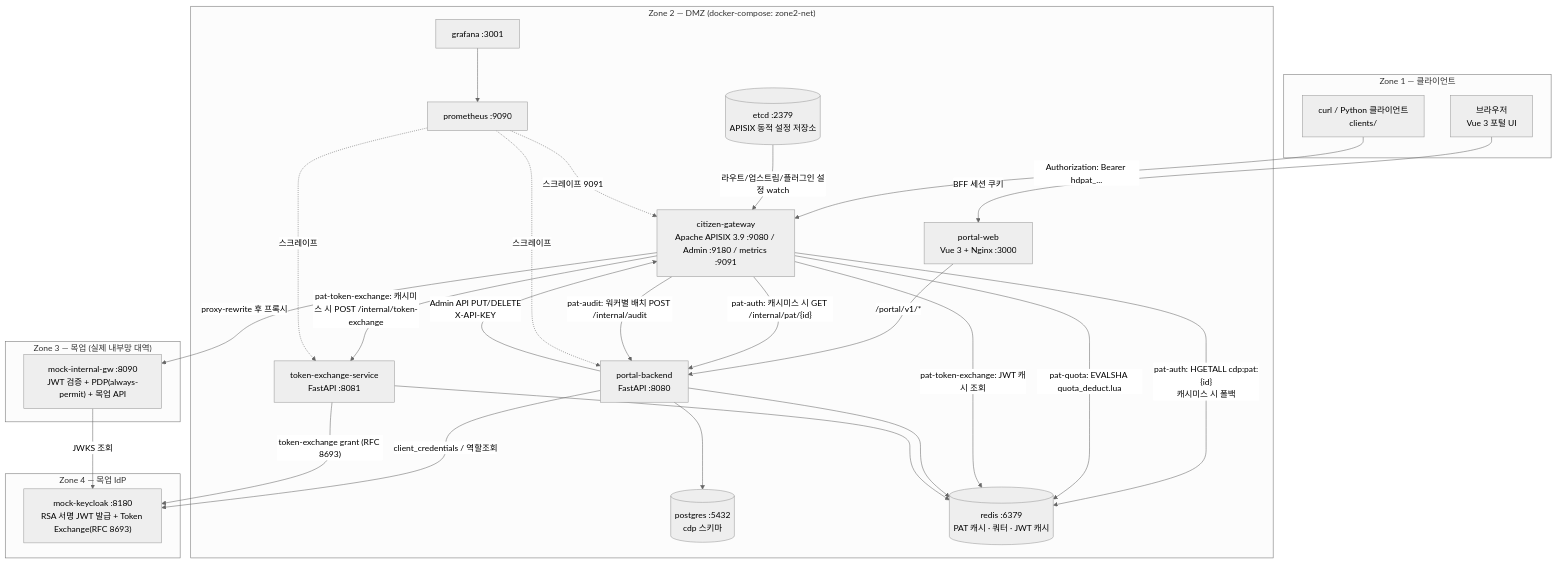
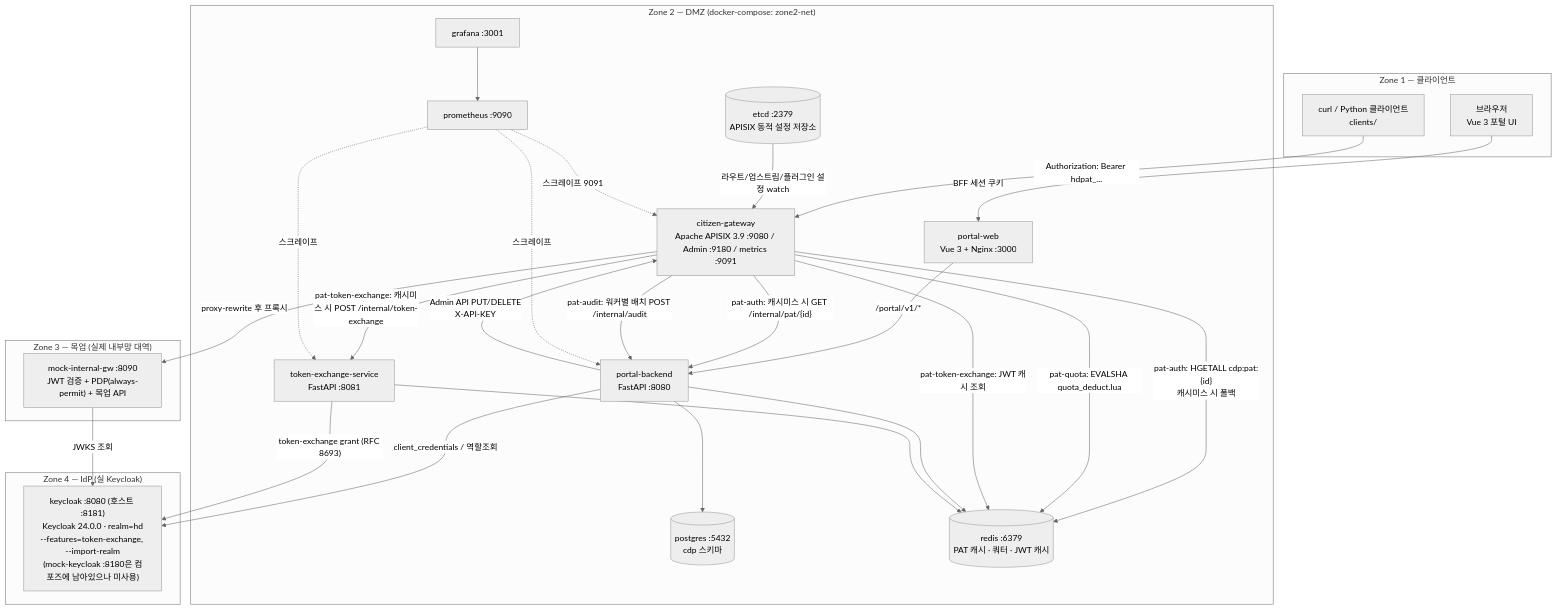
Before and after one commit to tuchy81/api-portal: the first of 4 diagrams in architecture_implemented.md, drawn with Mermaid (neutral theme). The commit also changed other lines of this file and 11 other files, not shown here.

````diff
--- a/architecture_implemented.md
+++ b/architecture_implemented.md
@@ -12,55 +15,55 @@
 ```mermaid
 flowchart TB
     subgraph Z1["Zone 1 — 클라이언트"]
         CLI["curl / Python 클라이언트<br/>clients/"]
         BROWSER["브라우저<br/>Vue 3 포털 UI"]
     end
 
     subgraph Z2["Zone 2 — DMZ (docker-compose: zone2-net)"]
         WEB["portal-web<br/>Vue 3 + Nginx :3000"]
         BACKEND["portal-backend<br/>FastAPI :8080"]
         GW["citizen-gateway<br/>Apache APISIX 3.9 :9080 / Admin :9180 / metrics :9091"]
         TXS["token-exchange-service<br/>FastAPI :8081"]
         ETCD[("etcd :2379<br/>APISIX 동적 설정 저장소")]
         PG[("postgres :5432<br/>cdp 스키마")]
         REDIS[("redis :6379<br/>PAT 캐시 · 쿼터 · JWT 캐시")]
         PROM["prometheus :9090"]
         GRAF["grafana :3001"]
     end
 
     subgraph Z3["Zone 3 — 목업 (실제 내부망 대역)"]
         IGW["mock-internal-gw :8090<br/>JWT 검증 + PDP(always-permit) + 목업 API"]
     end
 
-    subgraph Z4["Zone 4 — 목업 IdP"]
-        KC["mock-keycloak :8180<br/>RSA 서명 JWT 발급 + Token Exchange(RFC 8693)"]
+    subgraph Z4["Zone 4 — IdP (실 Keycloak)"]
+        KC["keycloak :8080 (호스트 :8181)<br/>Keycloak 24.0.0 · realm=hd<br/>--features=token-exchange, --import-realm<br/>(mock-keycloak :8180은 컴포즈에 남아있으나 미사용)"]
     end
 
     BROWSER -->|BFF 세션 쿠키| WEB
     WEB -->|/portal/v1/*| BACKEND
     CLI -->|"Authorization: Bearer hdpat_..."| GW
 
     GW -- "pat-auth: HGETALL cdp:pat:{id}<br/>캐시미스 시 폴백" --> REDIS
     GW -- "pat-auth: 캐시미스 시 GET /internal/pat/{id}" --> BACKEND
     GW -- "pat-quota: EVALSHA quota_deduct.lua" --> REDIS
     GW -- "pat-token-exchange: JWT 캐시 조회" --> REDIS
     GW -- "pat-token-exchange: 캐시미스 시 POST /internal/token-exchange" --> TXS
     GW -- "proxy-rewrite 후 프록시" --> IGW
     GW -- "pat-audit: 워커별 배치 POST /internal/audit" --> BACKEND
     ETCD -- "라우트/업스트림/플러그인 설정 watch" --> GW
 
     BACKEND -->|"Admin API PUT/DELETE<br/>X-API-KEY"| GW
     BACKEND --> PG
     BACKEND --> REDIS
     BACKEND -- "client_credentials / 역할조회" --> KC
 
     TXS -- "token-exchange grant (RFC 8693)" --> KC
     TXS --> REDIS
 
     IGW -- "JWKS 조회" --> KC
 
     PROM -.스크레이프.-> BACKEND
     PROM -.스크레이프.-> TXS
     PROM -.스크레이프 9091.-> GW
     GRAF --> PROM
 ```
````
